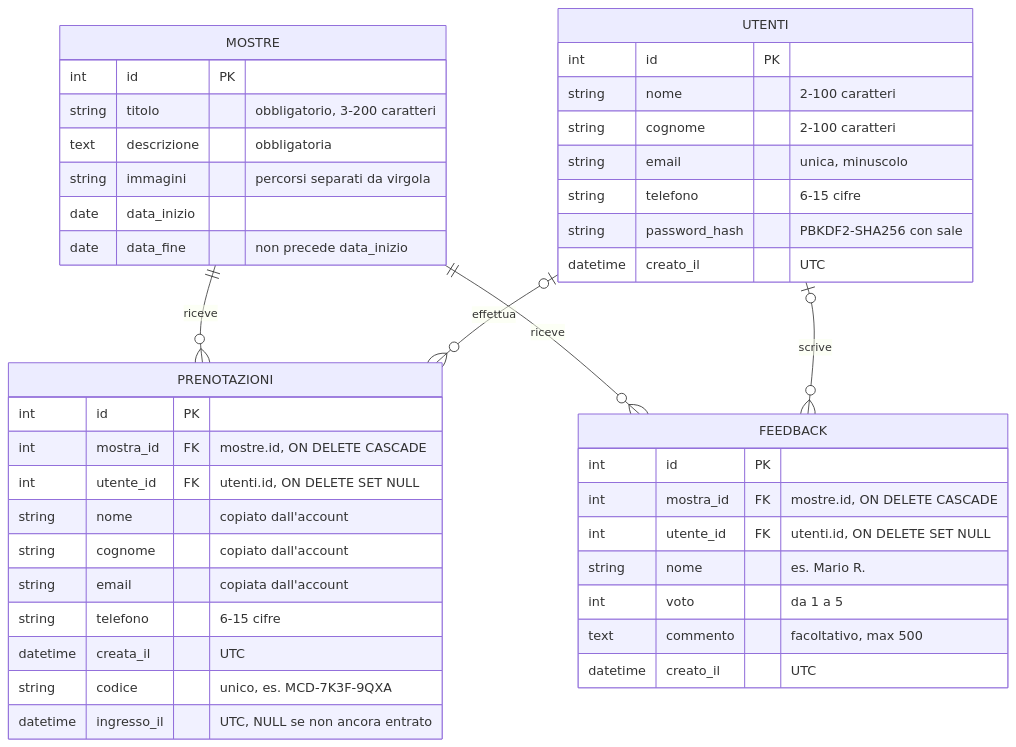
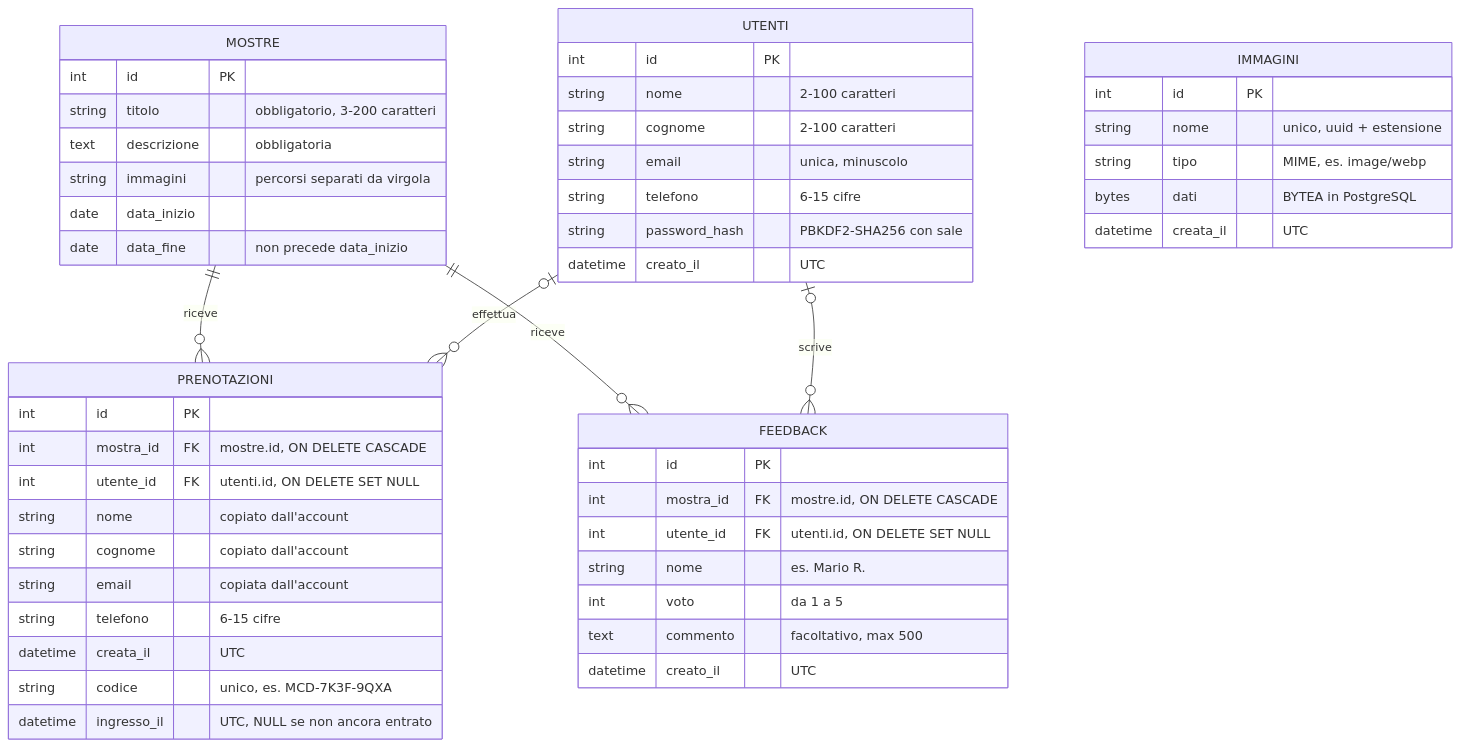
One commit to reverserob/museo-digitale-pw changed the second of 7 diagrams in DOCUMENTATION.md. Above: the diagram before and after it, drawn with Mermaid. The commit also changed other lines of this file and 24 other files, not shown here.

````diff
--- a/DOCUMENTATION.md
+++ b/DOCUMENTATION.md
@@ -211,47 +215,55 @@
 ```mermaid
 erDiagram
     MOSTRE ||--o{ PRENOTAZIONI : "riceve"
     MOSTRE ||--o{ FEEDBACK : "riceve"
     UTENTI |o--o{ PRENOTAZIONI : "effettua"
     UTENTI |o--o{ FEEDBACK : "scrive"
+
+    IMMAGINI {
+        int id PK
+        string nome "unico, uuid + estensione"
+        string tipo "MIME, es. image/webp"
+        bytes dati "BYTEA in PostgreSQL"
+        datetime creata_il "UTC"
+    }
 
     UTENTI {
         int id PK
         string nome "2-100 caratteri"
         string cognome "2-100 caratteri"
         string email "unica, minuscolo"
         string telefono "6-15 cifre"
         string password_hash "PBKDF2-SHA256 con sale"
         datetime creato_il "UTC"
     }
 
     MOSTRE {
         int id PK
         string titolo "obbligatorio, 3-200 caratteri"
         text descrizione "obbligatoria"
         string immagini "percorsi separati da virgola"
         date data_inizio
         date data_fine "non precede data_inizio"
     }
     PRENOTAZIONI {
         int id PK
         int mostra_id FK "mostre.id, ON DELETE CASCADE"
         int utente_id FK "utenti.id, ON DELETE SET NULL"
         string nome "copiato dall'account"
         string cognome "copiato dall'account"
         string email "copiata dall'account"
         string telefono "6-15 cifre"
         datetime creata_il "UTC"
         string codice "unico, es. MCD-7K3F-9QXA"
         datetime ingresso_il "UTC, NULL se non ancora entrato"
     }
     FEEDBACK {
         int id PK
         int mostra_id FK "mostre.id, ON DELETE CASCADE"
         int utente_id FK "utenti.id, ON DELETE SET NULL"
         string nome "es. Mario R."
         int voto "da 1 a 5"
         text commento "facoltativo, max 500"
         datetime creato_il "UTC"
     }
 ```
````
